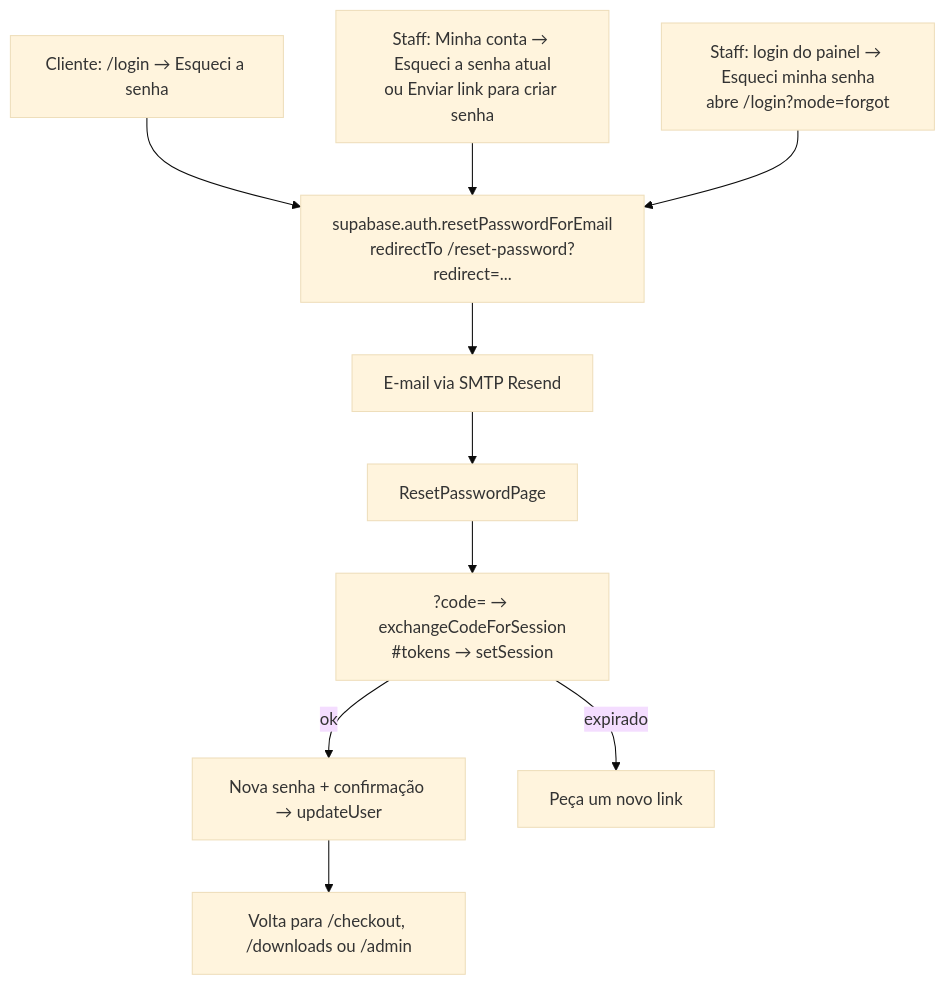
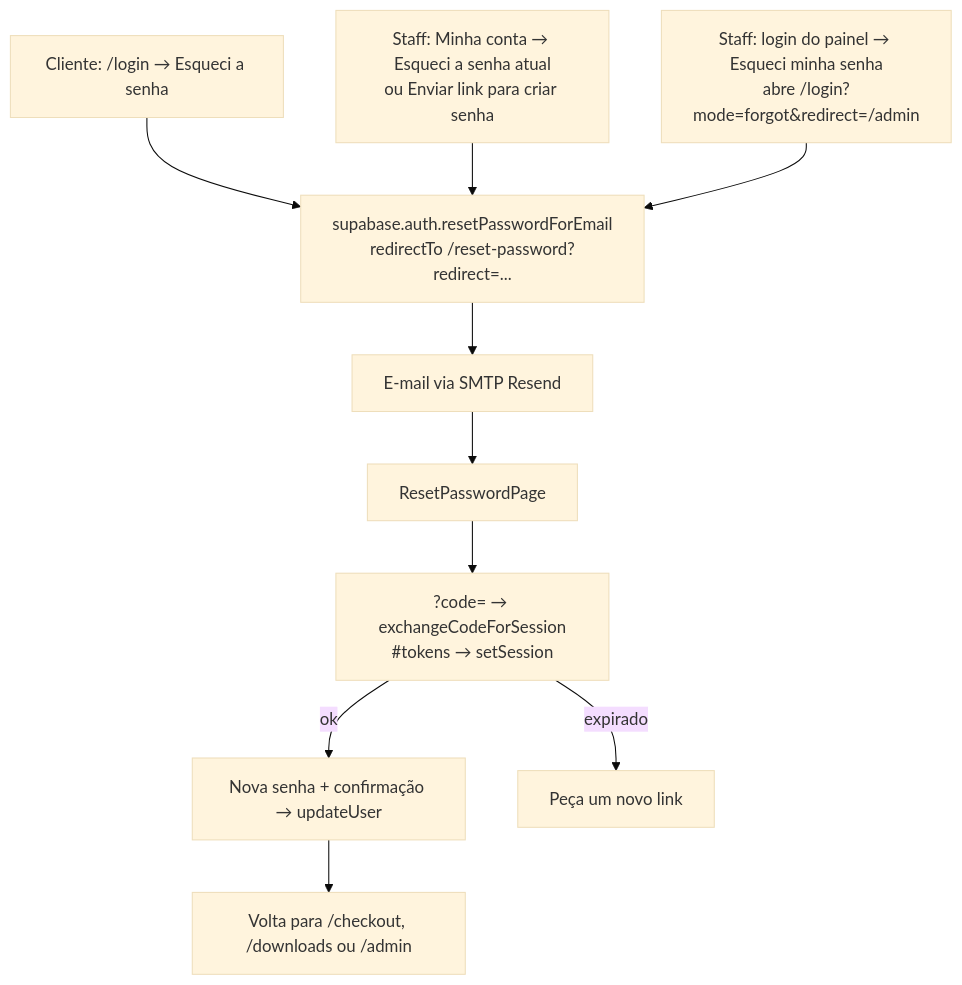
One commit to JoaoLuisC/Atelie-escolar changed diagram 11 of 16 in docs/05-FLUXOS.md. Above: the diagram before and after it, drawn with Mermaid (base theme). The commit also changed other lines of this file and 25 other files, not shown here.

````diff
--- a/docs/05-FLUXOS.md
+++ b/docs/05-FLUXOS.md
@@ -355,12 +354,12 @@
 ```mermaid
 flowchart TD
     A1[Cliente: /login → Esqueci a senha] --> B
     A2[Staff: Minha conta → Esqueci a senha atual<br/>ou Enviar link para criar senha] --> B
-    A3[Staff: login do painel → Esqueci minha senha<br/>abre /login?mode=forgot] --> B
+    A3[Staff: login do painel → Esqueci minha senha<br/>abre /login?mode=forgot&redirect=/admin] --> B
     B[supabase.auth.resetPasswordForEmail<br/>redirectTo /reset-password?redirect=...] --> C[E-mail via SMTP Resend]
     C --> D[ResetPasswordPage]
     D --> E[?code= → exchangeCodeForSession<br/>#tokens → setSession]
     E -->|ok| F[Nova senha + confirmação → updateUser]
     E -->|expirado| G[Peça um novo link]
     F --> H[Volta para /checkout, /downloads ou /admin]
 ```
````
